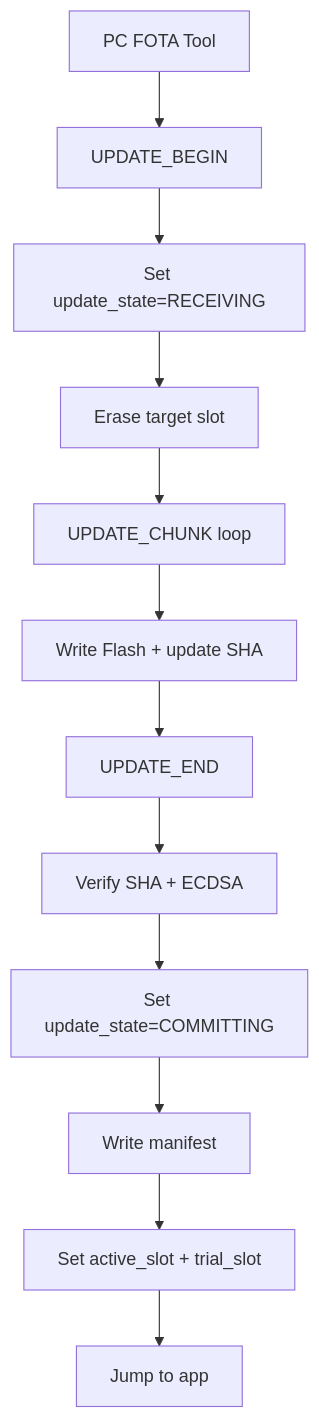
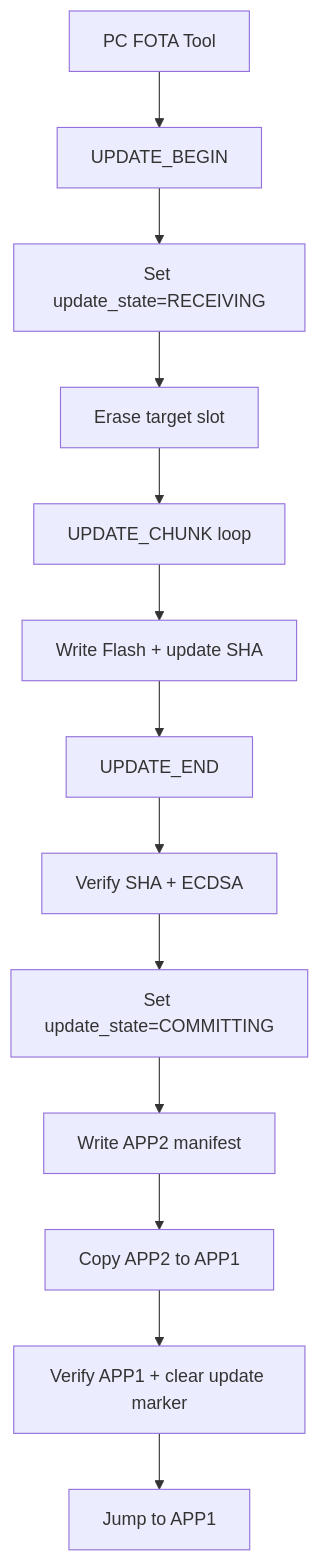
The fourth of 8 diagrams in README.md (tiem-alpha/secure_bootloader), drawn with Mermaid before and after one commit. The commit also changed other lines of this file and 9 other files, not shown here.

Commit message:
write slot 2 only run run runin slot 1

````diff
--- a/README.md
+++ b/README.md
@@ -531,14 +518,15 @@
 ```mermaid
 flowchart TD
     PC[PC FOTA Tool] --> BEGIN[UPDATE_BEGIN]
     BEGIN --> MARK[Set update_state=RECEIVING]
     MARK --> ERASE[Erase target slot]
     ERASE --> CHUNK[UPDATE_CHUNK loop]
     CHUNK --> WRITE[Write Flash + update SHA]
     WRITE --> END[UPDATE_END]
     END --> VERIFY[Verify SHA + ECDSA]
     VERIFY --> COMMIT[Set update_state=COMMITTING]
-    COMMIT --> MANIFEST[Write manifest]
-    MANIFEST --> TRIAL[Set active_slot + trial_slot]
-    TRIAL --> JUMP[Jump to app]
+    COMMIT --> MANIFEST[Write APP2 manifest]
+    MANIFEST --> COPY[Copy APP2 to APP1]
+    COPY --> PUBLISH[Verify APP1 + clear update marker]
+    PUBLISH --> JUMP[Jump to APP1]
 ```
````
